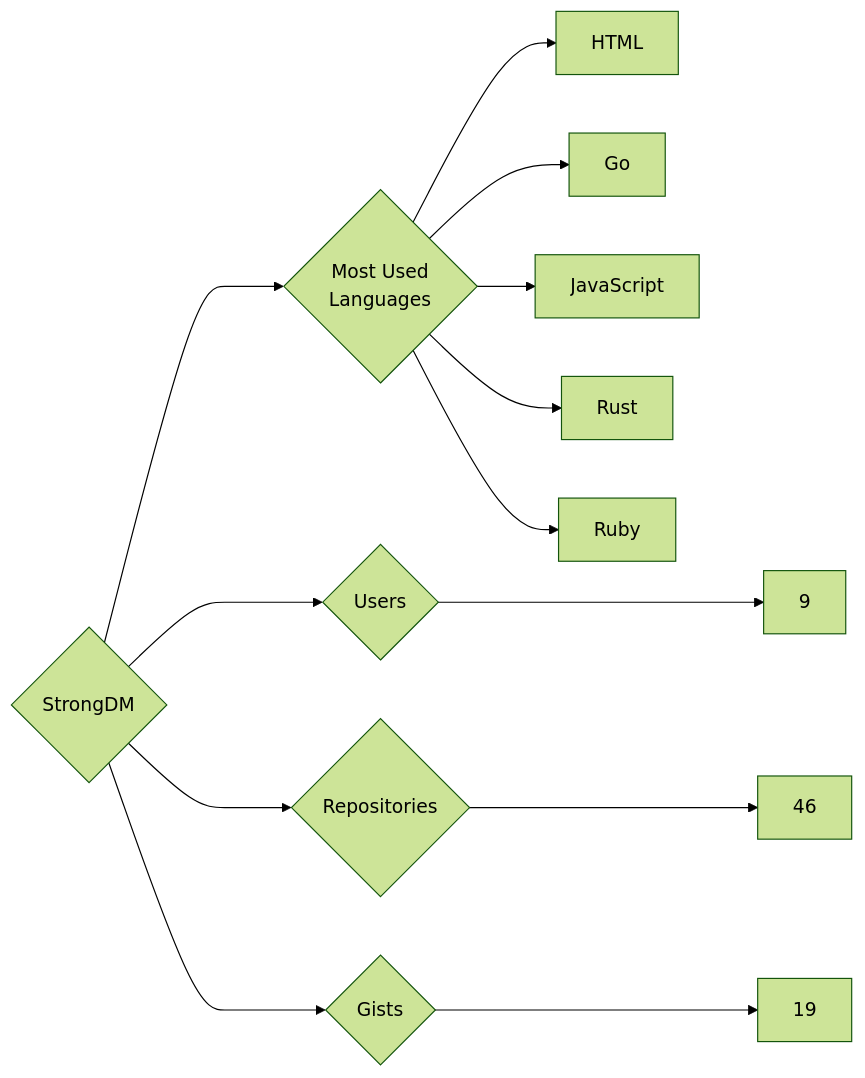
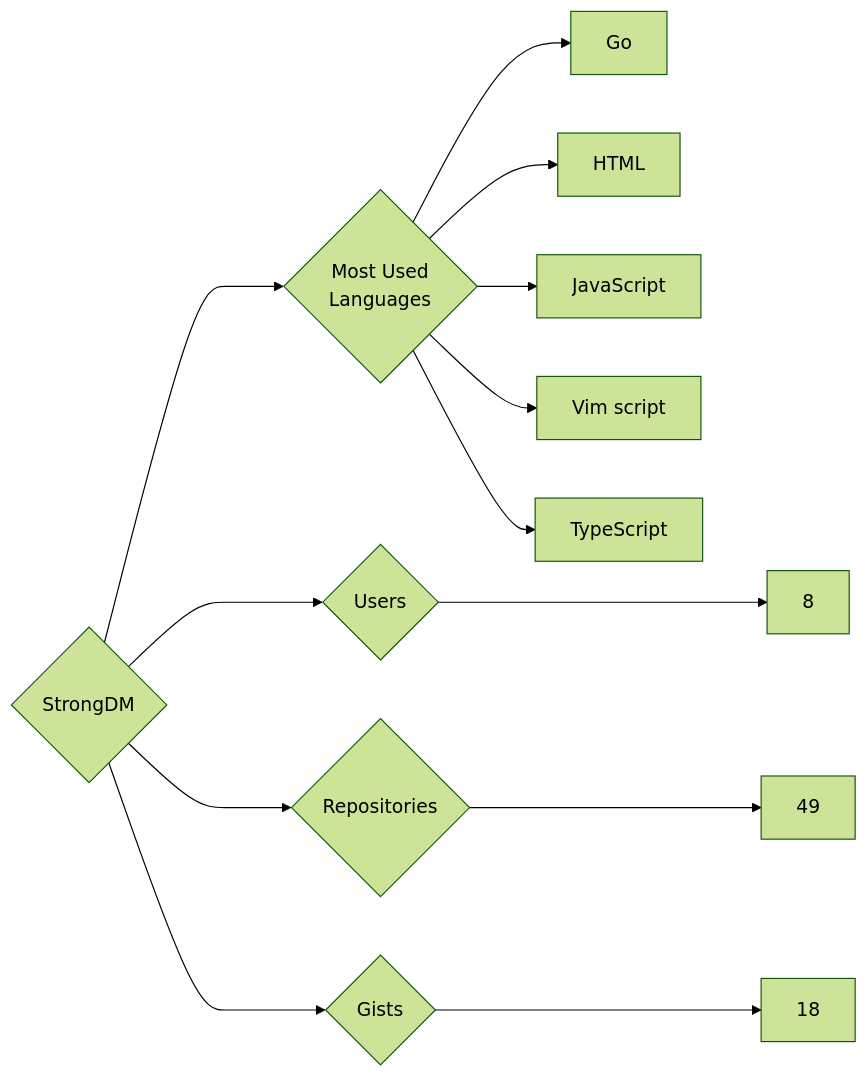
The diagram in targets/StrongDM/README.md (trickest/insiders), drawn with Mermaid (forest theme) before and after one commit. The commit also changed 860 other files, not shown here.

````diff
--- a/targets/StrongDM/README.md
+++ b/targets/StrongDM/README.md
@@ -3,13 +3,13 @@
 ```mermaid
 graph LR
 COMPANY_NAME{StrongDM}
-COMPANY_NAME ---> U{Users} ---> UN[9]
-COMPANY_NAME ---> R{Repositories} ---> RN[46]
-COMPANY_NAME ---> G{Gists} ---> GN[19]
+COMPANY_NAME ---> U{Users} ---> UN[8]
+COMPANY_NAME ---> R{Repositories} ---> RN[49]
+COMPANY_NAME ---> G{Gists} ---> GN[18]
 COMPANY_NAME ---> ML{Most Used<br>Languages}
+ML --> Go[Go]
 ML --> HTML[HTML]
-ML --> Go[Go]
 ML --> JavaScript[JavaScript]
-ML --> Rust[Rust]
-ML --> Ruby[Ruby]
+ML --> Vim_script[Vim script]
+ML --> TypeScript[TypeScript]
 ```
````
